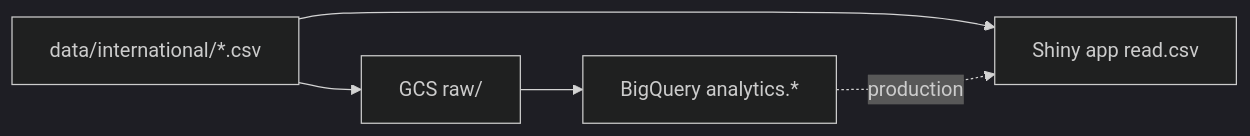
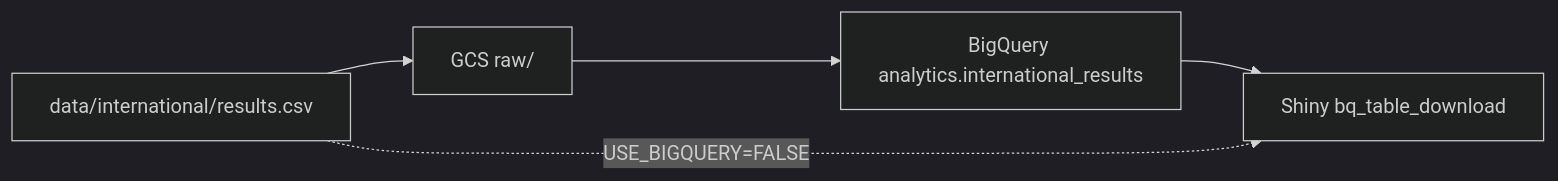
The diagram in index.qmd (rabin0208/world_cup_analytics_presentation), drawn with Mermaid (dark theme) before and after one commit. The commit also changed other lines of this file and 1 other file, not shown here.

````diff
--- a/index.qmd
+++ b/index.qmd
@@ -85,8 +77,8 @@
 ```{mermaid}
 %%| fig-width: 9
 flowchart LR
-  CSV[data/international/*.csv] --> GCS[GCS raw/]
-  GCS --> BQ[BigQuery analytics.*]
-  CSV --> Shiny[Shiny app read.csv]
-  BQ -.->|production| Shiny
+  CSV[data/international/results.csv] --> GCS[GCS raw/]
+  GCS --> BQ[BigQuery analytics.international_results]
+  BQ --> Shiny[Shiny bq_table_download]
+  CSV -.->|USE_BIGQUERY=FALSE| Shiny
 ```
````
